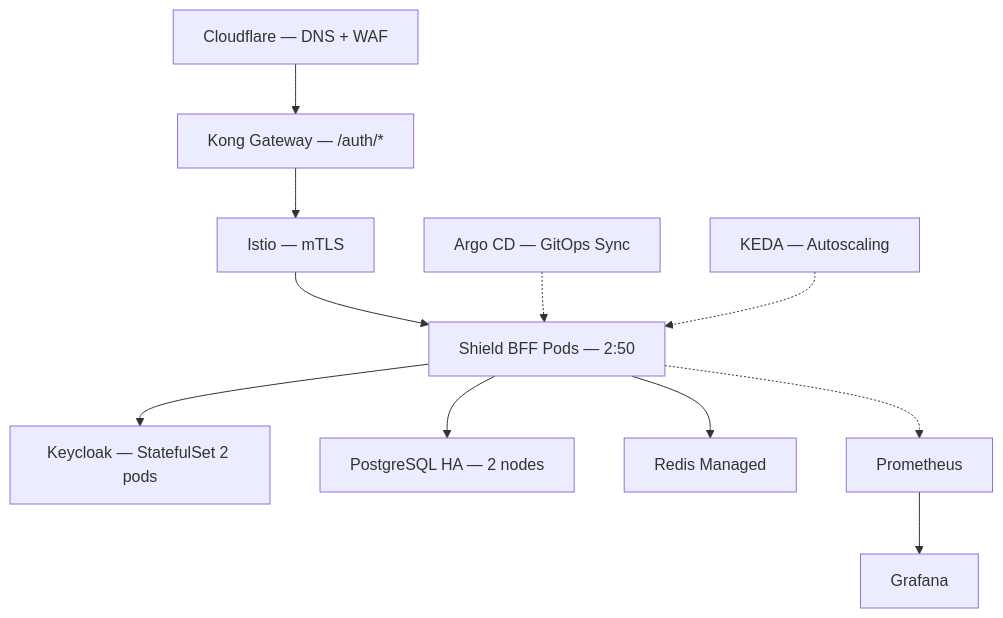
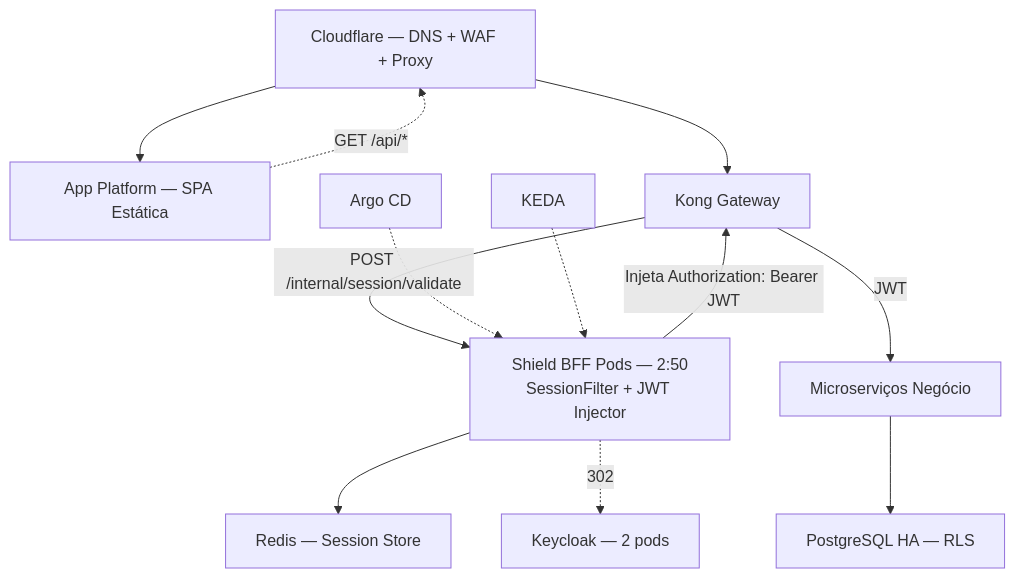
The diagram in business-inputs/business-projects/PRJ-TEC-2026-0004-PROJETO-SHIELD/18-MANUAIS-OPERACIONAIS-PRJ-TEC-2026-0004-PROJETO-SHIELD.md (bolismar69/workspace-fbso), drawn with Mermaid before and after one commit. The commit also changed other lines of this file and 7 other files, not shown here.

````diff
--- a/business-inputs/business-projects/PRJ-TEC-2026-0004-PROJETO-SHIELD/18-MANUAIS-OPERACIONAIS-PRJ-TEC-2026-0004-PROJETO-SHIELD.md
+++ b/business-inputs/business-projects/PRJ-TEC-2026-0004-PROJETO-SHIELD/18-MANUAIS-OPERACIONAIS-PRJ-TEC-2026-0004-PROJETO-SHIELD.md
@@ -15,13 +15,14 @@
 ```mermaid
 flowchart TB
-    CF["Cloudflare — DNS + WAF"] --> Kong["Kong Gateway — /auth/*"]
-    Kong --> Istio["Istio — mTLS"]
-    Istio --> BFF["Shield BFF Pods — 2:50"]
-    BFF --> KC["Keycloak — StatefulSet 2 pods"]
-    BFF --> PG["PostgreSQL HA — 2 nodes"]
-    BFF --> Redis["Redis Managed"]
-    Argo["Argo CD — GitOps Sync"] -.-> BFF
-    KEDA["KEDA — Autoscaling"] -.-> BFF
-    Prometheus --> Grafana
-    BFF -.-> Prometheus
+    CF["Cloudflare — DNS + WAF + Proxy"] --> SPA["App Platform — SPA Estática"]
+    SPA -.->|"GET /api/*"| CF
+    CF --> Kong["Kong Gateway"]
+    Kong -->|"POST /internal/session/validate"| Shield["Shield BFF Pods — 2:50\nSessionFilter + JWT Injector"]
+    Shield --> Redis["Redis — Session Store"]
+    Shield -.->|"302"| KC["Keycloak — 2 pods"]
+    Shield -->|"Injeta Authorization: Bearer JWT"| Kong
+    Kong -->|"JWT"| MS["Microserviços Negócio"]
+    MS --> PG["PostgreSQL HA — RLS"]
+    Argo["Argo CD"] -.-> Shield
+    KEDA["KEDA"] -.-> Shield
 ```
````
